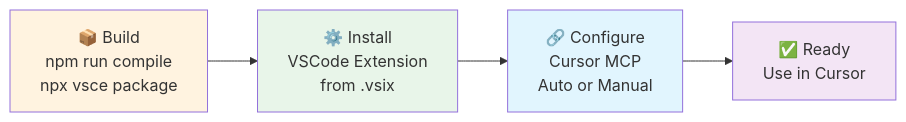
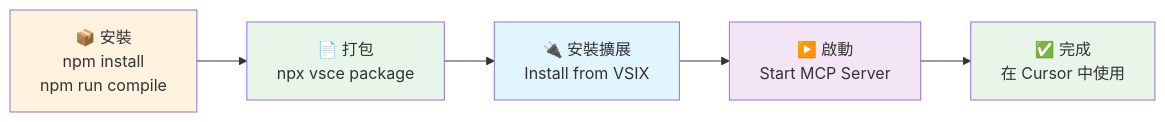
Before and after one commit to louisfghbvc/mcp-vscode-commands: the second of 2 diagrams in README.md, drawn with Mermaid. The commit also changed other lines of this file and 13 other files, not shown here.

````diff
--- a/README.md
+++ b/README.md
@@ -61,16 +67,19 @@
 ```mermaid
 graph LR
-    A["📦 Build<br/>npm run compile<br/>npx vsce package"] 
-    B["⚙️ Install<br/>VSCode Extension<br/>from .vsix"]
-    C["🔗 Configure<br/>Cursor MCP<br/>Auto or Manual"]
-    D["✅ Ready<br/>Use in Cursor"]
+    A["📦 安裝<br/>npm install<br/>npm run compile"] 
+    B["📄 打包<br/>npx vsce package"]
+    C["🔌 安裝擴展<br/>Install from VSIX"]
+    D["▶️ 啟動<br/>Start MCP Server"]
+    E["✅ 完成<br/>在 Cursor 中使用"]
     
     A --> B
     B --> C
     C --> D
+    D --> E
     
     style A fill:#fff3e0
     style B fill:#e8f5e9
     style C fill:#e1f5fe
     style D fill:#f3e5f5
+    style E fill:#e8f5e9
 ```
````
